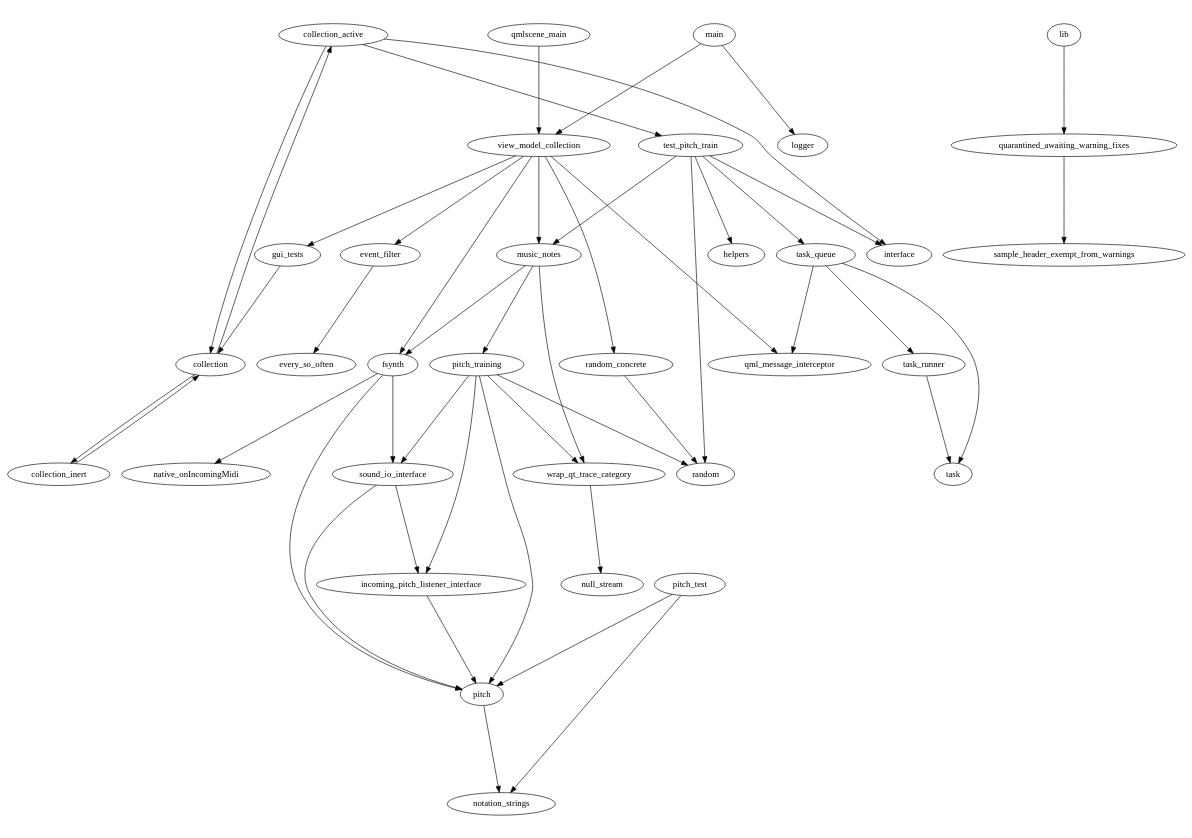
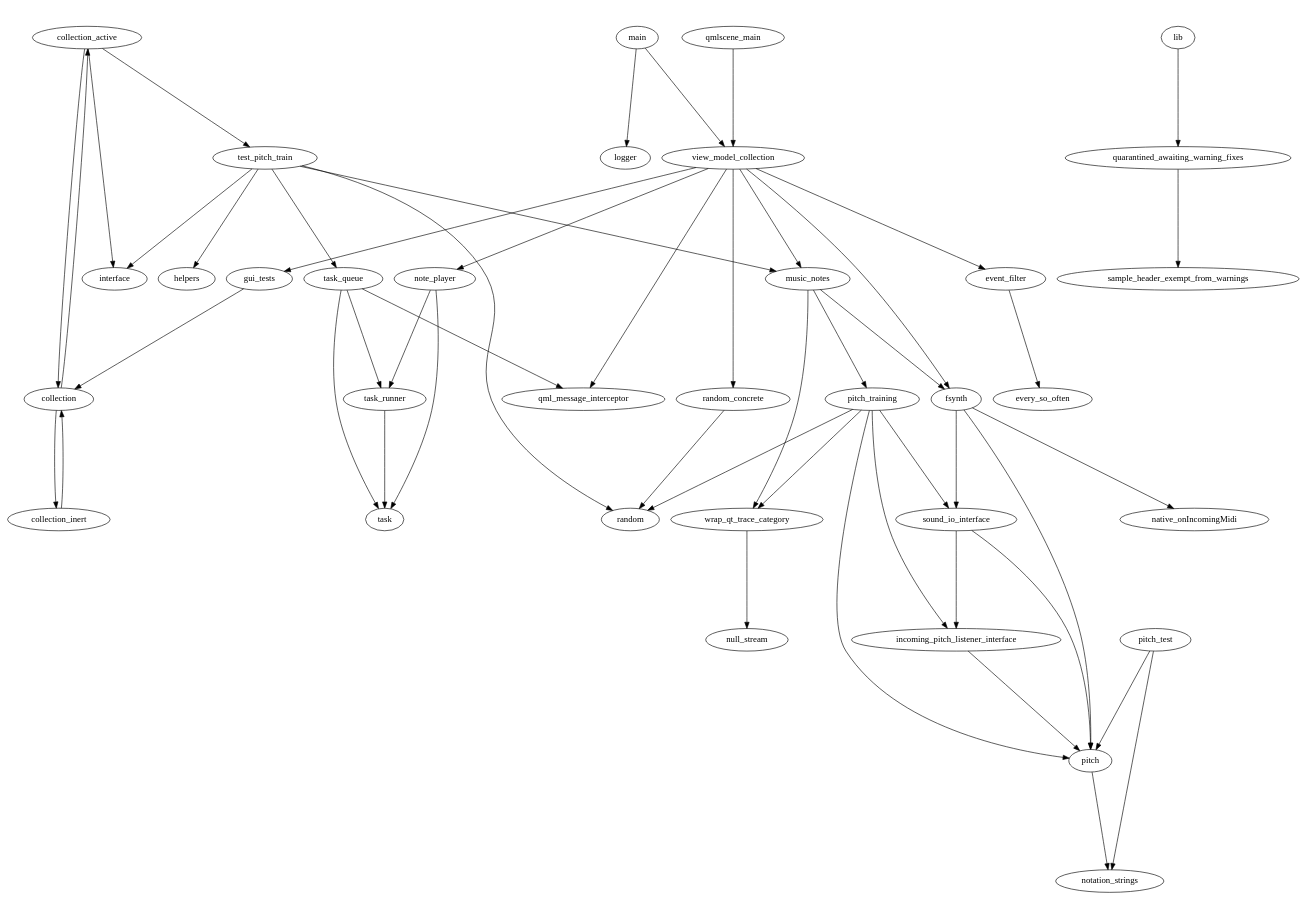
One commit to pestophagous/heory changed the diagram in sw_arch_doc/all_src.dot. Above: the diagram before and after it, drawn with Graphviz. The commit also changed 8 other files, not shown here.

```diff
--- a/sw_arch_doc/all_src.dot
+++ b/sw_arch_doc/all_src.dot
@@ -1,54 +1,57 @@
 digraph "source tree" {
     overlap=scale;
     ratio=0.7;
     fontsize="16";
     fontname="Helvetica";
     clusterrank="local";
 	"collection_active" -> "collection"
 	"collection_active" -> "interface"
 	"collection_active" -> "test_pitch_train"
 	"collection" -> "collection_active"
 	"collection" -> "collection_inert"
 	"collection_inert" -> "collection"
 	"event_filter" -> "every_so_often"
 	"fsynth" -> "native_onIncomingMidi"
 	"fsynth" -> "pitch"
 	"fsynth" -> "sound_io_interface"
 	"gui_tests" -> "collection"
 	"incoming_pitch_listener_interface" -> "pitch"
 	"lib" -> "quarantined_awaiting_warning_fixes"
 	"main" -> "logger"
 	"main" -> "view_model_collection"
 	"music_notes" -> "fsynth"
 	"music_notes" -> "pitch_training"
 	"music_notes" -> "wrap_qt_trace_category"
+	"note_player" -> "task"
+	"note_player" -> "task_runner"
 	"pitch" -> "notation_strings"
 	"pitch_test" -> "notation_strings"
 	"pitch_test" -> "pitch"
 	"pitch_training" -> "incoming_pitch_listener_interface"
 	"pitch_training" -> "pitch"
 	"pitch_training" -> "random"
 	"pitch_training" -> "sound_io_interface"
 	"pitch_training" -> "wrap_qt_trace_category"
 	"qmlscene_main" -> "view_model_collection"
 	"quarantined_awaiting_warning_fixes" -> "sample_header_exempt_from_warnings"
 	"random_concrete" -> "random"
 	"sound_io_interface" -> "incoming_pitch_listener_interface"
 	"sound_io_interface" -> "pitch"
 	"task_queue" -> "qml_message_interceptor"
 	"task_queue" -> "task"
 	"task_queue" -> "task_runner"
 	"task_runner" -> "task"
 	"test_pitch_train" -> "helpers"
 	"test_pitch_train" -> "interface"
 	"test_pitch_train" -> "music_notes"
 	"test_pitch_train" -> "random"
 	"test_pitch_train" -> "task_queue"
 	"view_model_collection" -> "event_filter"
 	"view_model_collection" -> "fsynth"
 	"view_model_collection" -> "gui_tests"
 	"view_model_collection" -> "music_notes"
+	"view_model_collection" -> "note_player"
 	"view_model_collection" -> "qml_message_interceptor"
 	"view_model_collection" -> "random_concrete"
 	"wrap_qt_trace_category" -> "null_stream"
 }
```
